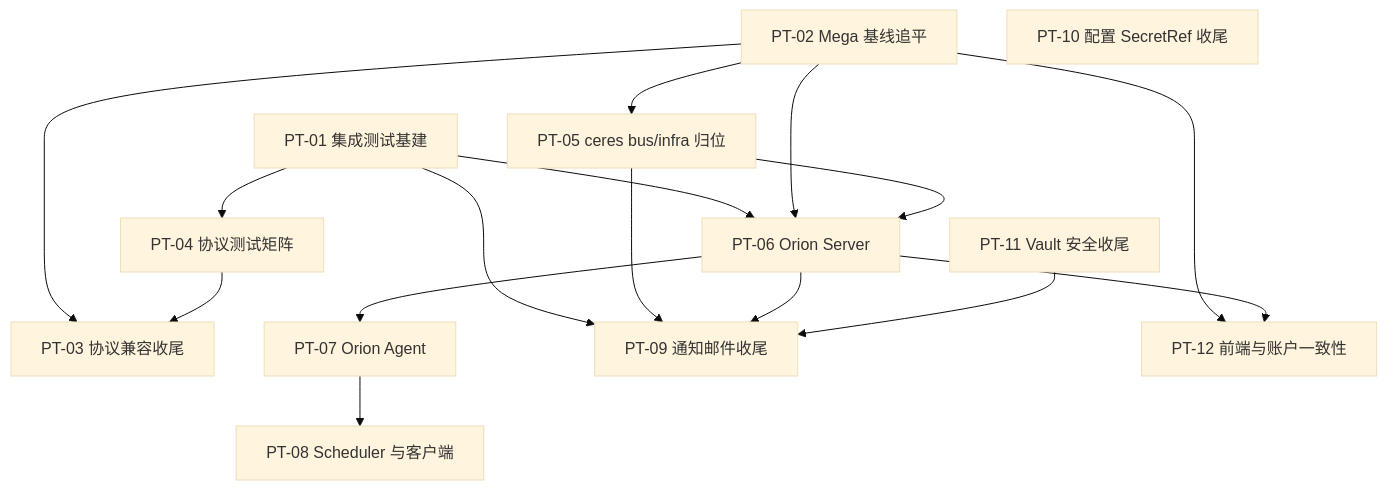
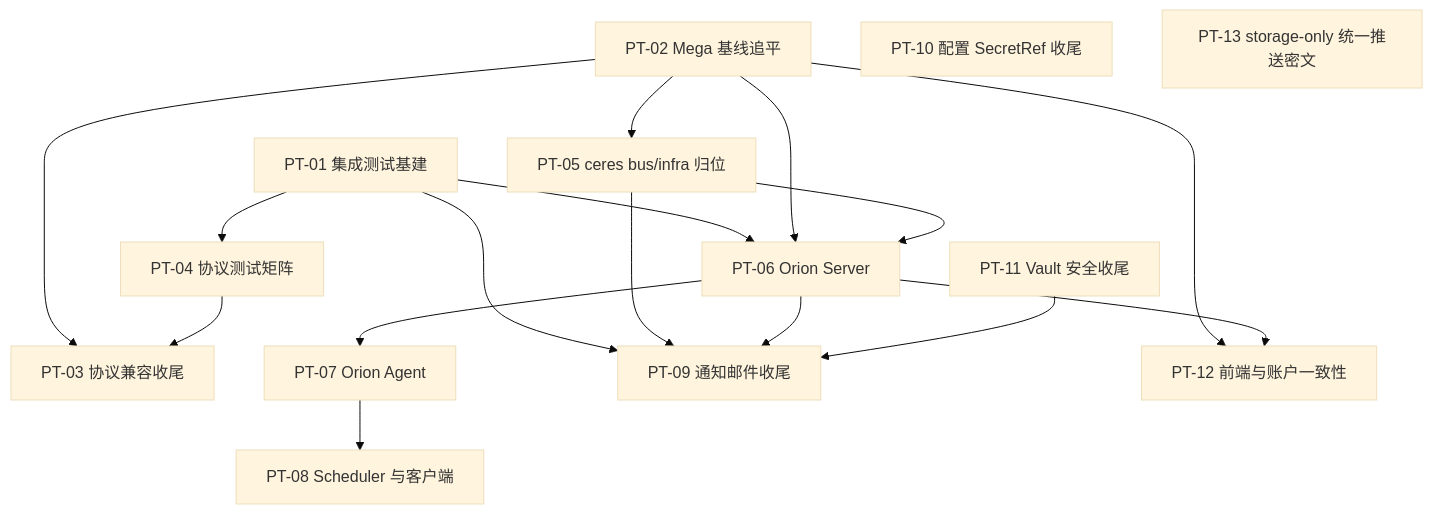
The diagram in docs/plan/plan-long.md (gitmono-dev/mega2), drawn with Mermaid (base theme) before and after one commit. The commit also changed other lines of this file and 5 other files, not shown here.

````diff
--- a/docs/plan/plan-long.md
+++ b/docs/plan/plan-long.md
@@ -676,31 +765,33 @@
 ```mermaid
 flowchart TD
     PT01[PT-01 集成测试基建]
     PT02[PT-02 Mega 基线追平]
     PT03[PT-03 协议兼容收尾]
     PT04[PT-04 协议测试矩阵]
     PT05[PT-05 ceres bus/infra 归位]
     PT06[PT-06 Orion Server]
     PT07[PT-07 Orion Agent]
     PT08[PT-08 Scheduler 与客户端]
     PT09[PT-09 通知邮件收尾]
     PT10[PT-10 配置 SecretRef 收尾]
     PT11[PT-11 Vault 安全收尾]
     PT12[PT-12 前端与账户一致性]
+    PT13[PT-13 storage-only 统一推送密文]
 
     PT01 --> PT04
     PT01 --> PT06
     PT01 --> PT09
     PT02 --> PT03
     PT02 --> PT05
     PT02 --> PT06
     PT02 --> PT12
     PT04 --> PT03
     PT05 --> PT06
     PT06 --> PT07
     PT07 --> PT08
     PT05 --> PT09
     PT06 --> PT09
     PT06 --> PT12
     PT11 --> PT09
+    PT13
 ```
````
